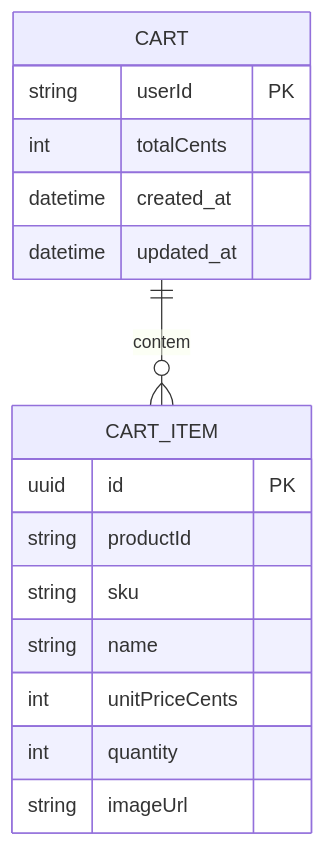
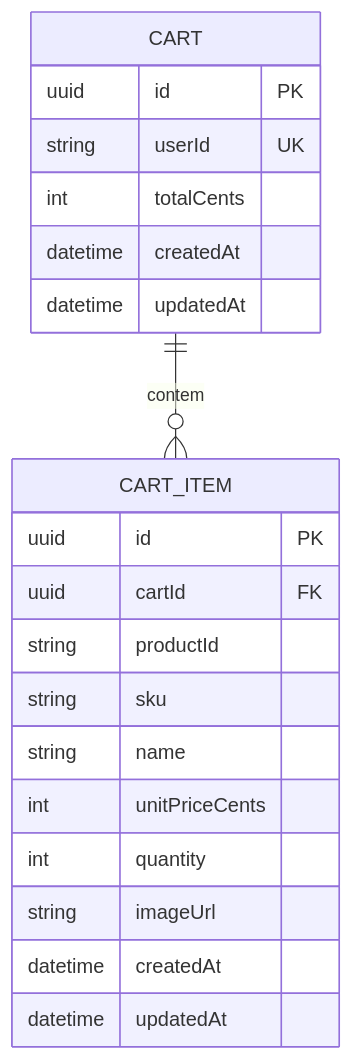
One commit to odevpedro/ecom-cart-service changed the diagram in docs/data-model.md. Above: the diagram before and after it, drawn with Mermaid. The commit also changed other lines of this file and 11 other files, not shown here.

````diff
--- a/docs/data-model.md
+++ b/docs/data-model.md
@@ -31,21 +31,25 @@
 ```mermaid
 erDiagram
     CART {
-        string userId PK
+        uuid id PK
+        string userId UK
         int totalCents
-        datetime created_at
-        datetime updated_at
+        datetime createdAt
+        datetime updatedAt
     }
 
     CART_ITEM {
         uuid id PK
+        uuid cartId FK
         string productId
         string sku
         string name
         int unitPriceCents
         int quantity
         string imageUrl
+        datetime createdAt
+        datetime updatedAt
     }
 
     CART ||--o{ CART_ITEM : "contem"
 ```
````
